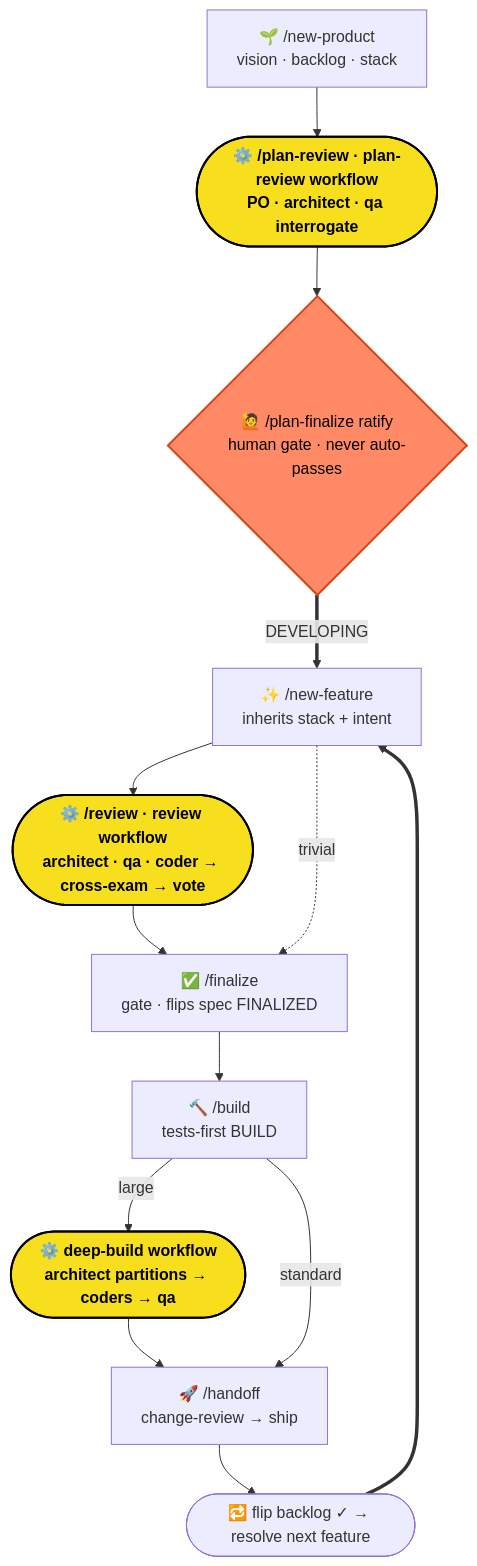
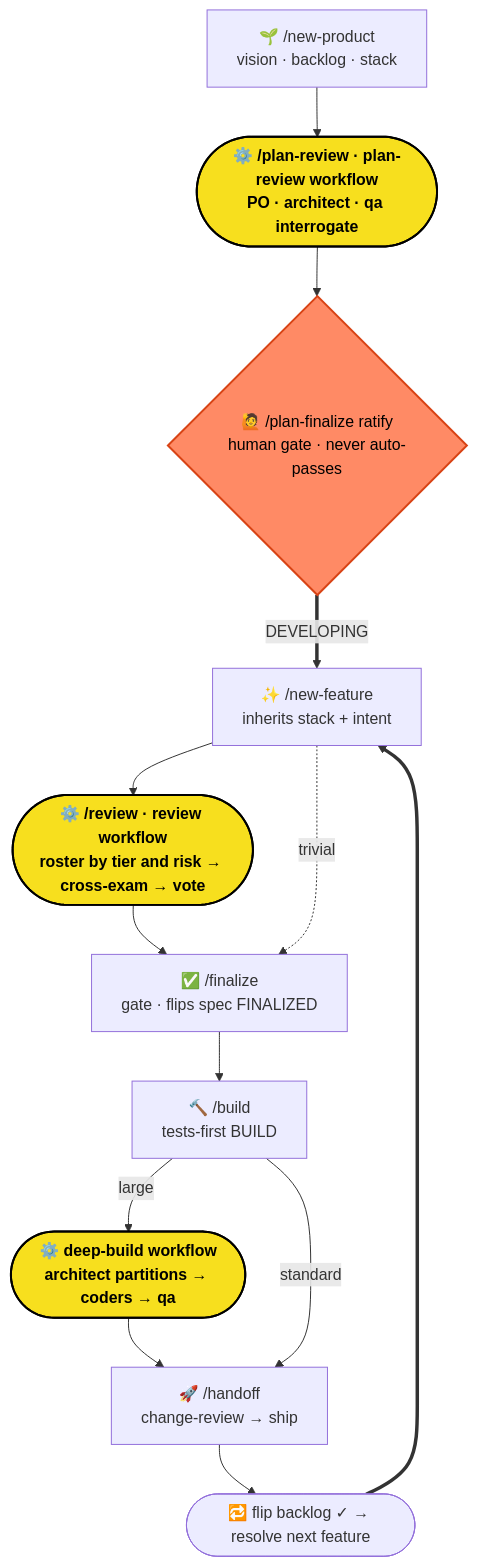
Before and after one commit to rocar/build-fleet: the second of 5 diagrams in README.md, drawn with Mermaid. The commit also changed other lines of this file and 13 other files, not shown here.

````diff
--- a/README.md
+++ b/README.md
@@ -79,27 +79,27 @@
 ```mermaid
 flowchart TD
     NP["🌱 /new-product<br/>vision · backlog · stack"]
     PR(["⚙️ /plan-review · plan-review workflow<br/>PO · architect · qa interrogate"])
     PF{"🙋 /plan-finalize ratify<br/>human gate · never auto-passes"}
     NF["✨ /new-feature<br/>inherits stack + intent"]
-    RV(["⚙️ /review · review workflow<br/>architect · qa · coder → cross-exam → vote"])
+    RV(["⚙️ /review · review workflow<br/>roster by tier and risk → cross-exam → vote"])
     FZ["✅ /finalize<br/>gate · flips spec FINALIZED"]
     BD["🔨 /build<br/>tests-first BUILD"]
     DB(["⚙️ deep-build workflow<br/>architect partitions → coders → qa"])
     HO["🚀 /handoff<br/>change-review → ship"]
     LOOP(["🔁 flip backlog ✓ → resolve next feature"])
 
     NP --> PR --> PF
     PF ==>|DEVELOPING| NF
     NF --> RV --> FZ
     NF -.->|trivial| FZ
     FZ --> BD
     BD -->|large| DB --> HO
     BD -->|standard| HO
     HO --> LOOP ==> NF
 
     classDef js fill:#f7df1e,color:#000,stroke:#000,stroke-width:2px,font-weight:bold;
     classDef gate fill:#ff8a65,color:#000,stroke:#d84315,stroke-width:2px;
     class PR,RV,DB js;
     class PF gate;
 ```
````
